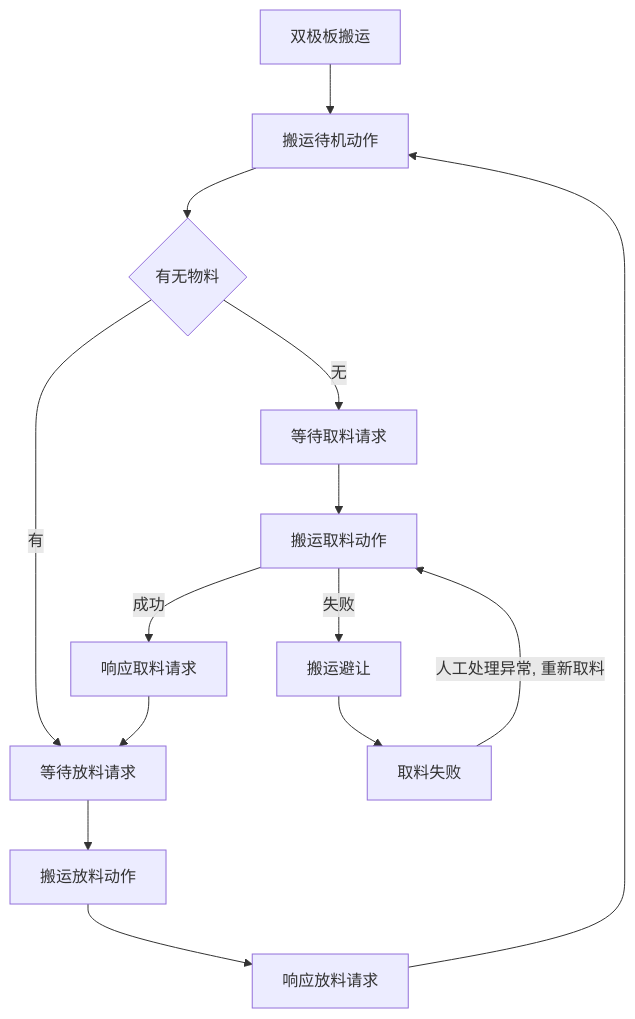
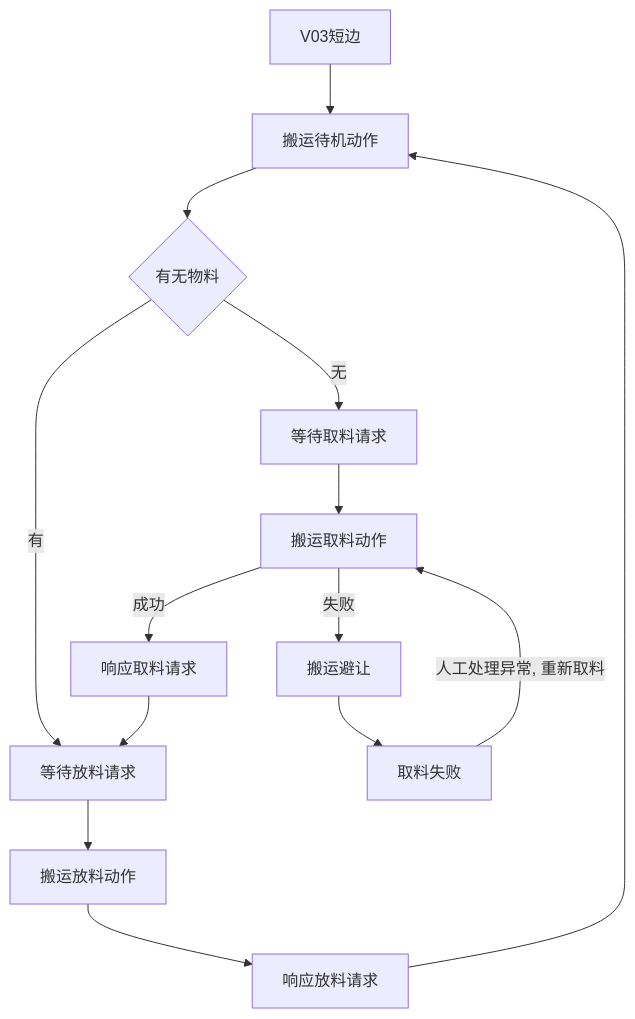
Before and after one commit to PengKun1/iodraw-files: the diagram in all/OP10气缸固定流程.md, drawn with Mermaid.

Commit message:
2024-08-05 13:49:09 update

````diff
--- a/all/OP10气缸固定流程.md
+++ b/all/OP10气缸固定流程.md
@@ -1,19 +1,19 @@
 ```mermaid
 graph TD
-0[双极板搬运]-->10
+0[V03短边]-->10
 10[搬运待机动作]-->20
 20{有无物料}-->|无|30
 20-->|有|60
 30[等待取料请求]-->40
 40[搬运取料动作]-->|成功|50
 40-->|失败|90
 50[响应取料请求]-->60
 60[等待放料请求]-->70
 70[搬运放料动作]-->80
 80[响应放料请求]-->10
 
 90[搬运避让]-->900
 
 900[取料失败]-->|人工处理异常, 重新取料|40
   
 ```
````
